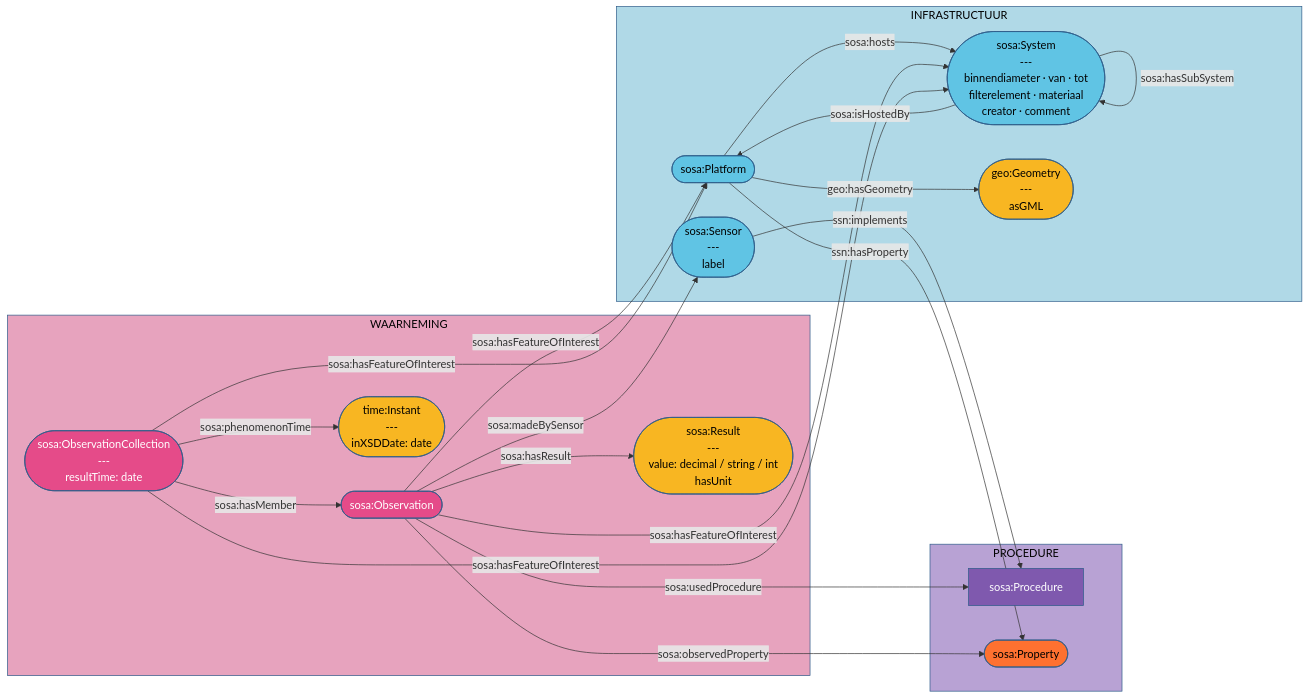
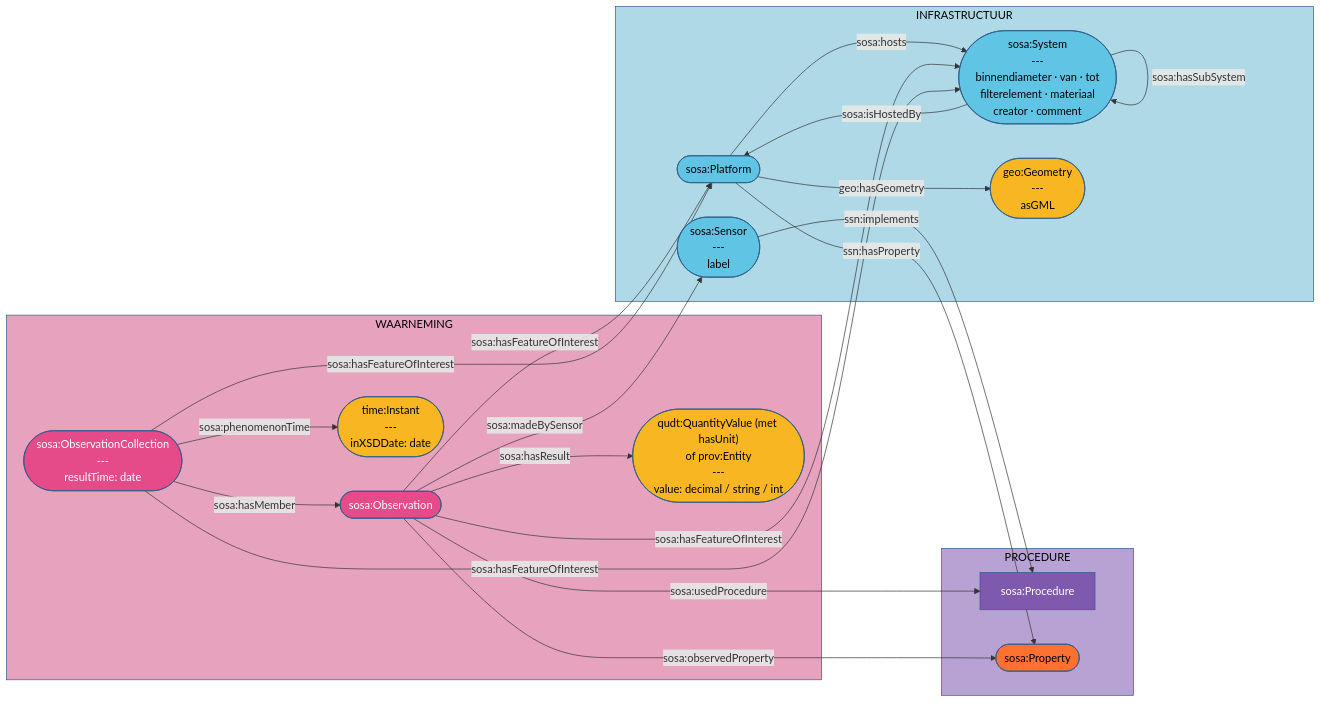
One commit to Informatievlaanderen/OSLOthema-SSNSOSA-VL changed the diagram in src/main/input/grondwaterpeilmetingen/grondwaterpeilmetingen-simpel.mmd. Above: the diagram before and after it, drawn with Mermaid. The commit also changed 66 other files, not shown here.

First line of the commit message:
Results as qudt:QuantityValue; CSOR units as qudt:Unit; VHA literals; ld-mcp 0.4

```diff
--- a/src/main/input/grondwaterpeilmetingen/grondwaterpeilmetingen-simpel.mmd
+++ b/src/main/input/grondwaterpeilmetingen/grondwaterpeilmetingen-simpel.mmd
@@ -1,79 +1,79 @@
 flowchart LR
 
 %% =====================================================
 %% PROCEDURE (paars – naar analogie van ONTWERP)
 %% =====================================================
     subgraph PROC["PROCEDURE"]
         Procedure["sosa:Procedure"]
         Prop(["sosa:Property"])
     end
 
     style PROC         fill:#b8a2d4,stroke:#2E5C8A,color:#000
     style Procedure    fill:#7f59ae,stroke:#2E5C8A,color:#fff
     style Prop      fill:#fe7130,stroke:#2E5C8A,color:#000
     style Prop         fill:#fe7130,stroke:#2E5C8A,color:#000
 
 %% =====================================================
 %% INFRASTRUCTUUR (blauw – naar analogie van CAPACITEIT)
 %% =====================================================
     subgraph INFRA["INFRASTRUCTUUR"]
         Platform(["sosa:Platform"])
         System(["sosa:System<br/>---<br/>binnendiameter · van · tot<br/>filterelement · materiaal<br/>creator · comment"])
         Sensor(["sosa:Sensor<br/>---<br/>label"])
         Geom(["geo:Geometry<br/>---<br/>asGML"])
     end
 
     style INFRA    fill:#b0d9e7,stroke:#2E5C8A,color:#000
     style Platform fill:#60c4e4,stroke:#2E5C8A,color:#000
     style System   fill:#60c4e4,stroke:#2E5C8A,color:#000
     style Sensor   fill:#60c4e4,stroke:#2E5C8A,color:#000
     style Geom     fill:#f8b622,stroke:#2E5C8A,color:#000
 
 %% =====================================================
 %% WAARNEMING (roze – naar analogie van REALISATIE)
 %% =====================================================
     subgraph WAAR["WAARNEMING"]
         Observation(["sosa:Observation<br/>"])
         ObsCollection(["sosa:ObservationCollection<br/>---<br/>resultTime: date"])
-        Result(["sosa:Result<br/>---<br/>value: decimal / string / int<br/>hasUnit"])
+        Result(["qudt:QuantityValue (met hasUnit)<br/>of prov:Entity<br/>---<br/>value: decimal / string / int"])
         Instant(["time:Instant<br/>---<br/>inXSDDate: date"])
     end
 
     style WAAR         fill:#e7a3be,stroke:#2E5C8A,color:#000
     style Observation   fill:#e54b89,stroke:#2E5C8A,color:#fff
     style ObsCollection fill:#e54b89,stroke:#2E5C8A,color:#fff
     style Result        fill:#f8b622,stroke:#2E5C8A,color:#000
     style Instant       fill:#f8b622,stroke:#2E5C8A,color:#000
 
 
 %% =====================================================
 %% RELATIES – INFRASTRUCTUUR
 %% =====================================================
     Platform -->|geo:hasGeometry| Geom
     Platform -->|sosa:hosts| System
     Platform -->|ssn:hasProperty| Prop
 
 
     System -->|sosa:isHostedBy| Platform
     System -->|sosa:hasSubSystem| System
 
     Sensor -->|ssn:implements| Procedure
 
 %% =====================================================
 %% RELATIES – OBSERVATION
 %% =====================================================
     Observation -->|sosa:hasFeatureOfInterest| Platform
     Observation -->|sosa:hasFeatureOfInterest| System
     Observation -->|sosa:madeBySensor| Sensor
     Observation -->|sosa:observedProperty| Prop
     Observation -->|sosa:usedProcedure| Procedure
     Observation -->|sosa:hasResult| Result
 
 
 %% =====================================================
 %% RELATIES – OBSERVATIONCOLLECTION
 %% =====================================================
     ObsCollection -->|sosa:hasMember| Observation
     ObsCollection -->|sosa:hasFeatureOfInterest| Platform
     ObsCollection -->|sosa:hasFeatureOfInterest| System
     ObsCollection -->|sosa:phenomenonTime| Instant
```
